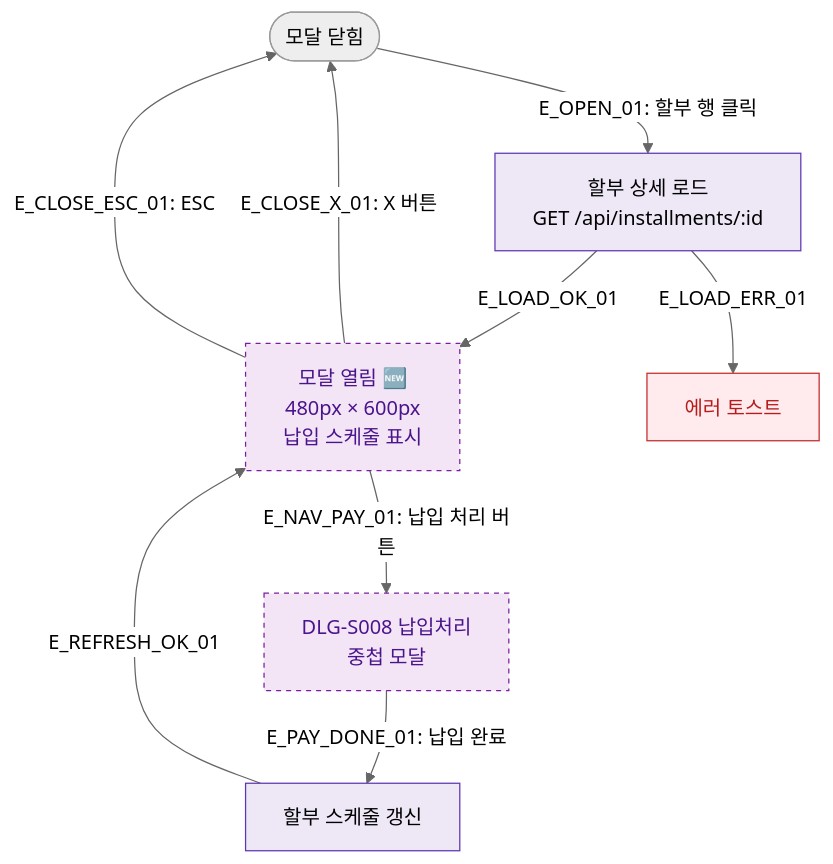
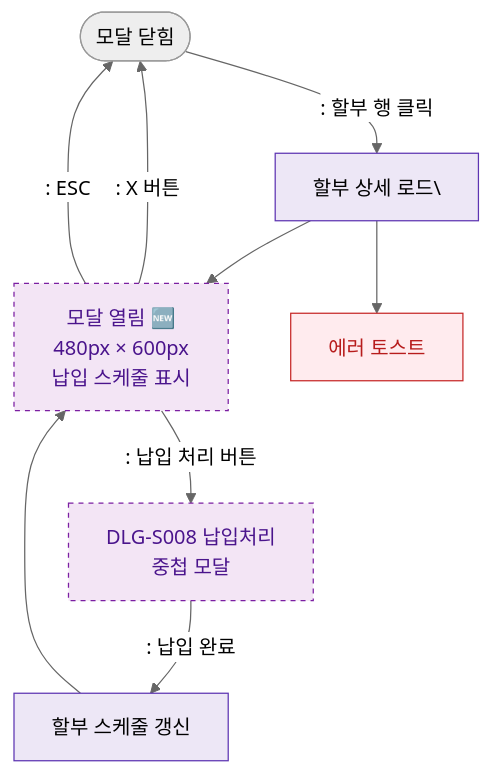
Before and after one commit to dev-spogym/admin-pando: the diagram in docs/다이어그램/D03_매출관리/DLG-S007_할부상세/M1_모달생명주기.md, drawn with Mermaid (neutral theme). The commit also changed other lines of this file and 1660 other files, not shown here.

First line of the commit message:
다이어그램: 기획자/클라이언트 납품본으로 정리

````diff
--- a/docs/다이어그램/D03_매출관리/DLG-S007_할부상세/M1_모달생명주기.md
+++ b/docs/다이어그램/D03_매출관리/DLG-S007_할부상세/M1_모달생명주기.md
@@ -20,21 +18,21 @@
 ```mermaid
 flowchart TD
-    CLOSED([모달 닫힘]) -->|"E_OPEN_01: 할부 행 클릭"| LOAD[할부 상세 로드\nGET /api/installments/:id]
-    LOAD -->|E_LOAD_OK_01| OPEN[모달 열림 🆕\n480px × 600px\n납입 스케줄 표시]
-    LOAD -->|E_LOAD_ERR_01| ERR_TOAST[에러 토스트]
+    CLOSED([모달 닫힘]) -->|": 할부 행 클릭"|LOAD[할부 상세 로드\]
+    LOAD --> OPEN[모달 열림 🆕\n480px × 600px\n납입 스케줄 표시]
+    LOAD --> ERR_TOAST[에러 토스트]
 
-    OPEN -->|"E_CLOSE_X_01: X 버튼"| CLOSED
-    OPEN -->|"E_CLOSE_ESC_01: ESC"| CLOSED
-    OPEN -->|"E_NAV_PAY_01: 납입 처리 버튼"| DLG_S008[DLG-S008 납입처리\n중첩 모달]
+    OPEN -->|": X 버튼"|CLOSED
+    OPEN -->|": ESC"|CLOSED
+    OPEN -->|": 납입 처리 버튼"|DLG_S008[DLG-S008 납입처리\n중첩 모달]
 
-    DLG_S008 -->|"E_PAY_DONE_01: 납입 완료"| REFRESH[할부 스케줄 갱신]
-    REFRESH -->|E_REFRESH_OK_01| OPEN
+    DLG_S008 -->|": 납입 완료"|REFRESH[할부 스케줄 갱신]
+    REFRESH --> OPEN
 
     classDef newFeature fill:#F3E5F5,stroke:#7B1FA2,color:#4A148C,stroke-dasharray:4 4
     classDef system fill:#EDE7F6,stroke:#5E35B2
     classDef error fill:#FFEBEE,stroke:#C62828,color:#B71C1C
 
     class OPEN,DLG_S008 newFeature
     class LOAD,REFRESH system
     class ERR_TOAST error
 ```
````
